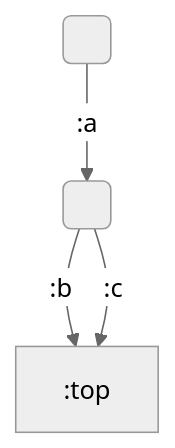
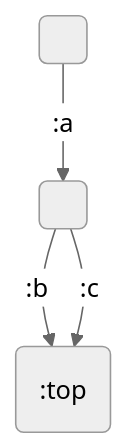
Before and after one commit to ekoontz/dag-unify: the second of 4 diagrams in README.md, drawn with Mermaid (neutral theme).

Commit message:
use round brackets in mermaid diagrams consistently

````diff
--- a/README.md
+++ b/README.md
@@ -124,6 +124,6 @@
 ```mermaid
 graph TD
     X( ) --> |:a| B( )
-    B -->|:b| D[:top]
+    B -->|:b| D(:top)
     B -->|:c| D
 ```
````
